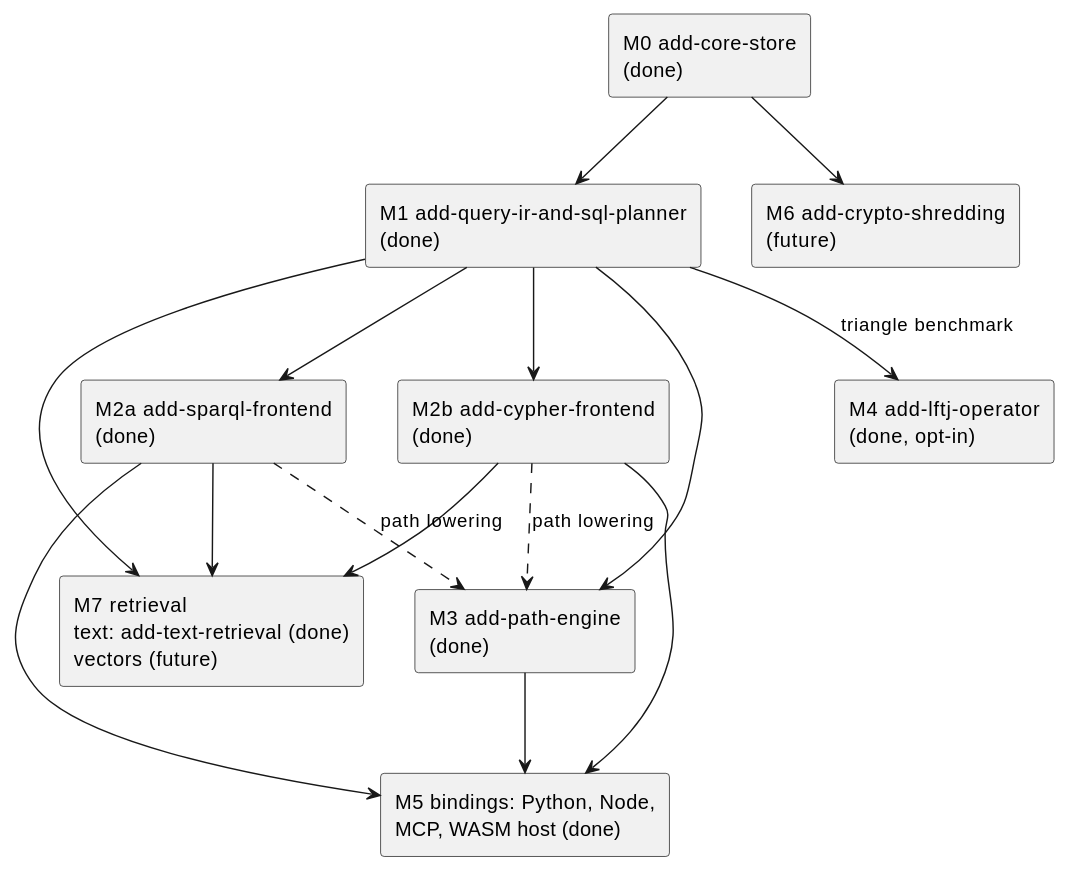
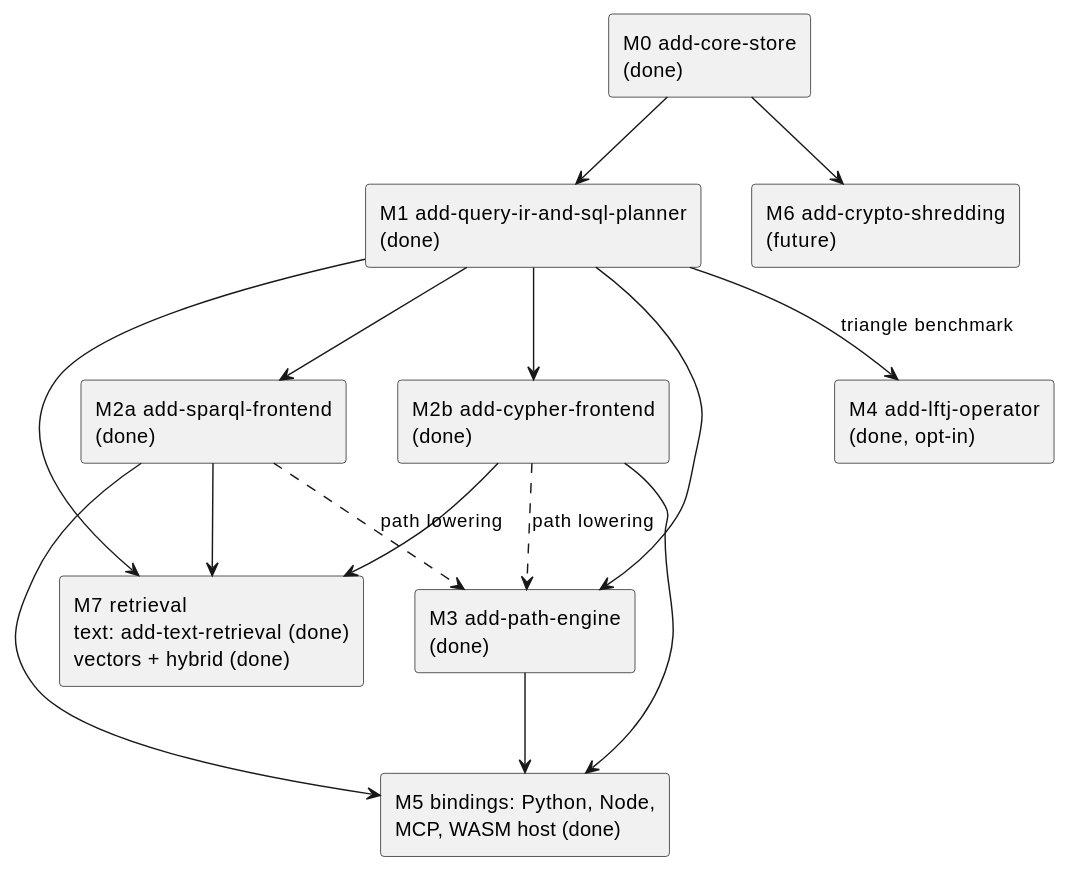
One commit to Volland/tiramemsu changed the diagram in lat.md/roadmap.md. Above: the diagram before and after it, drawn with PlantUML. The commit also changed other lines of this file and 199 other files, not shown here.

````diff
--- a/lat.md/roadmap.md
+++ b/lat.md/roadmap.md
@@ -27,28 +47,28 @@
 ```plantuml
 @startuml milestones
 skinparam shadowing false
 rectangle "M0 add-core-store\n(done)" as M0
 rectangle "M1 add-query-ir-and-sql-planner\n(done)" as M1
 rectangle "M2a add-sparql-frontend\n(done)" as M2a
 rectangle "M2b add-cypher-frontend\n(done)" as M2b
 rectangle "M3 add-path-engine\n(done)" as M3
 rectangle "M4 add-lftj-operator\n(done, opt-in)" as M4
 rectangle "M5 bindings: Python, Node,\nMCP, WASM host (done)" as M5
 rectangle "M6 add-crypto-shredding\n(future)" as M6
-rectangle "M7 retrieval\ntext: add-text-retrieval (done)\nvectors (future)" as M7
+rectangle "M7 retrieval\ntext: add-text-retrieval (done)\nvectors + hybrid (done)" as M7
 M0 --> M6
 M1 --> M7
 M2a --> M7
 M2b --> M7
 M0 --> M1
 M1 --> M2a
 M1 --> M2b
 M1 --> M3
 M2a ..> M3 : path lowering
 M2b ..> M3 : path lowering
 M1 --> M4 : triangle benchmark
 M3 --> M5
 M2a --> M5
 M2b --> M5
 @enduml
 ```
````
